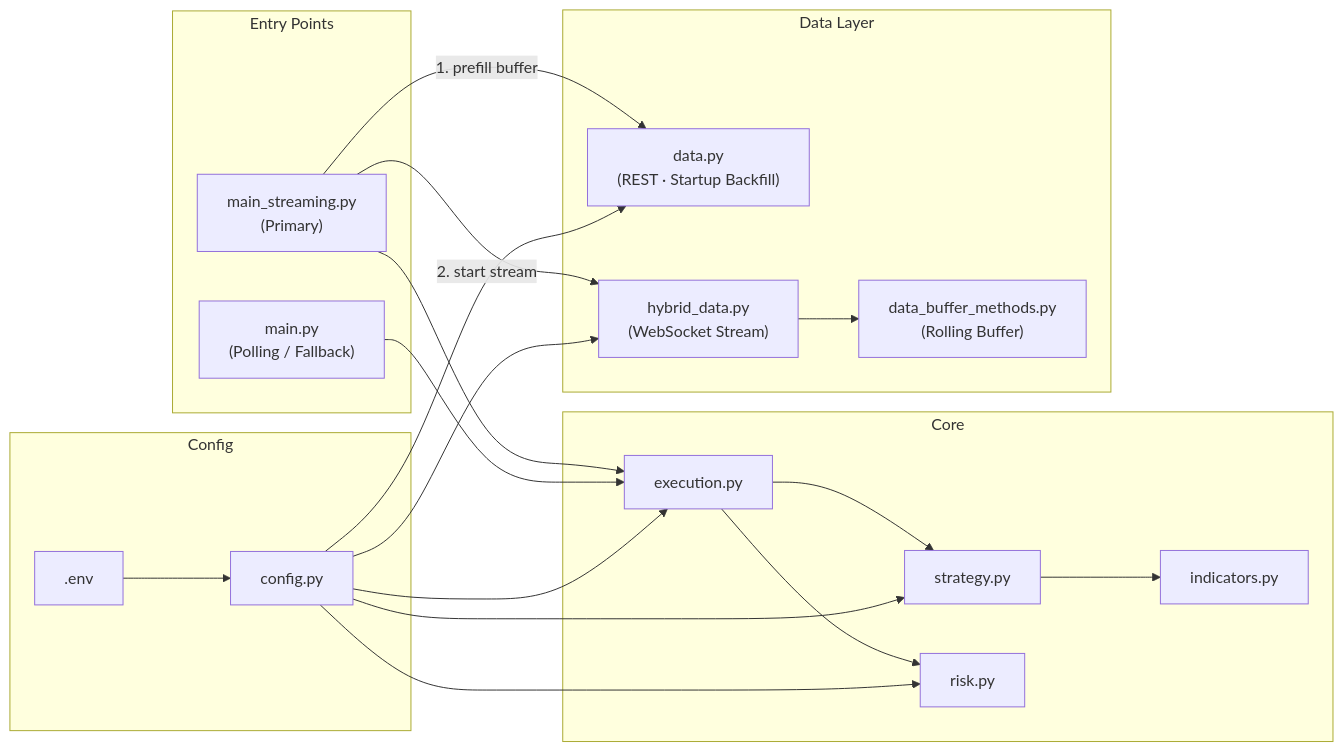
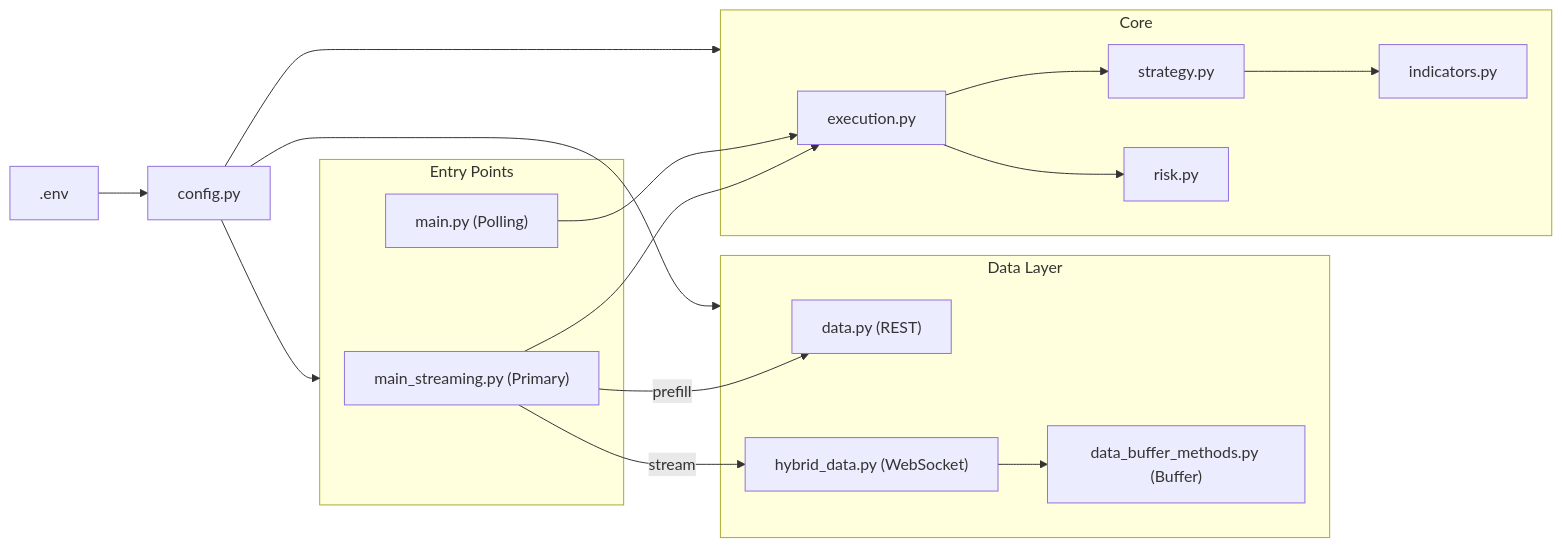
The second of 3 diagrams in README.md (LCS3002/trading-bot), drawn with Mermaid before and after one commit. The commit also changed other lines of this file, not shown here.

Commit message:
Fix Mermaid diagram layouts — simplify to prevent overlapping nodes

````diff
--- a/README.md
+++ b/README.md
@@ -109,34 +103,35 @@
 ```mermaid
 flowchart LR
+    K[.env] --> J[config.py]
+
     subgraph Entry["Entry Points"]
-        A["main_streaming.py\n(Primary)"]
-        B["main.py\n(Polling / Fallback)"]
+        A["main_streaming.py (Primary)"]
+        B["main.py (Polling)"]
+    end
+
+    subgraph DataLayer["Data Layer"]
+        G["data.py (REST)"]
+        H["hybrid_data.py (WebSocket)"]
+        I["data_buffer_methods.py (Buffer)"]
     end
 
     subgraph Core["Core"]
         C[execution.py]
         D[strategy.py]
         E[risk.py]
         F[indicators.py]
     end
 
-    subgraph DataLayer["Data Layer"]
-        G["data.py\n(REST · Startup Backfill)"]
-        H["hybrid_data.py\n(WebSocket Stream)"]
-        I["data_buffer_methods.py\n(Rolling Buffer)"]
-    end
+    J --> Entry
+    J --> Core
+    J --> DataLayer
 
-    subgraph Cfg["Config"]
-        J[config.py]
-        K[.env]
-    end
-
-    A -->|"1. prefill buffer"| G
-    A -->|"2. start stream"| H
+    A -->|prefill| G
+    A -->|stream| H
     H --> I
     A --> C
     B --> C
-    C --> D & E
+    C --> D
+    C --> E
     D --> F
-    K --> J --> C & D & E & G & H
 ```
````
